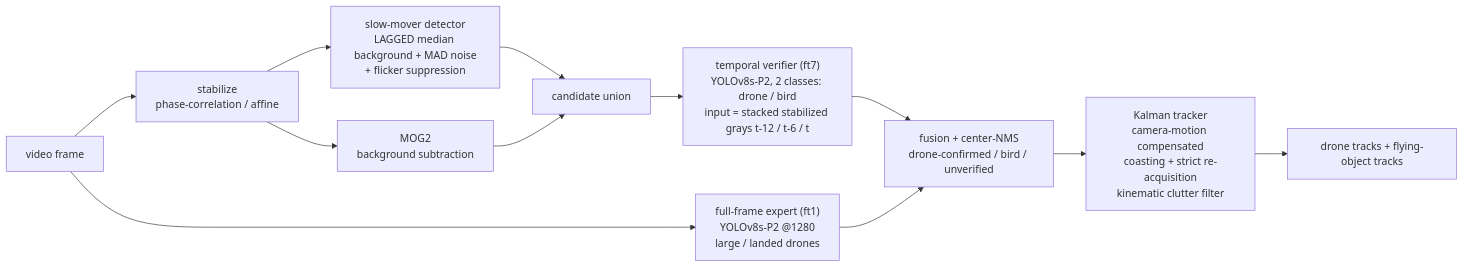
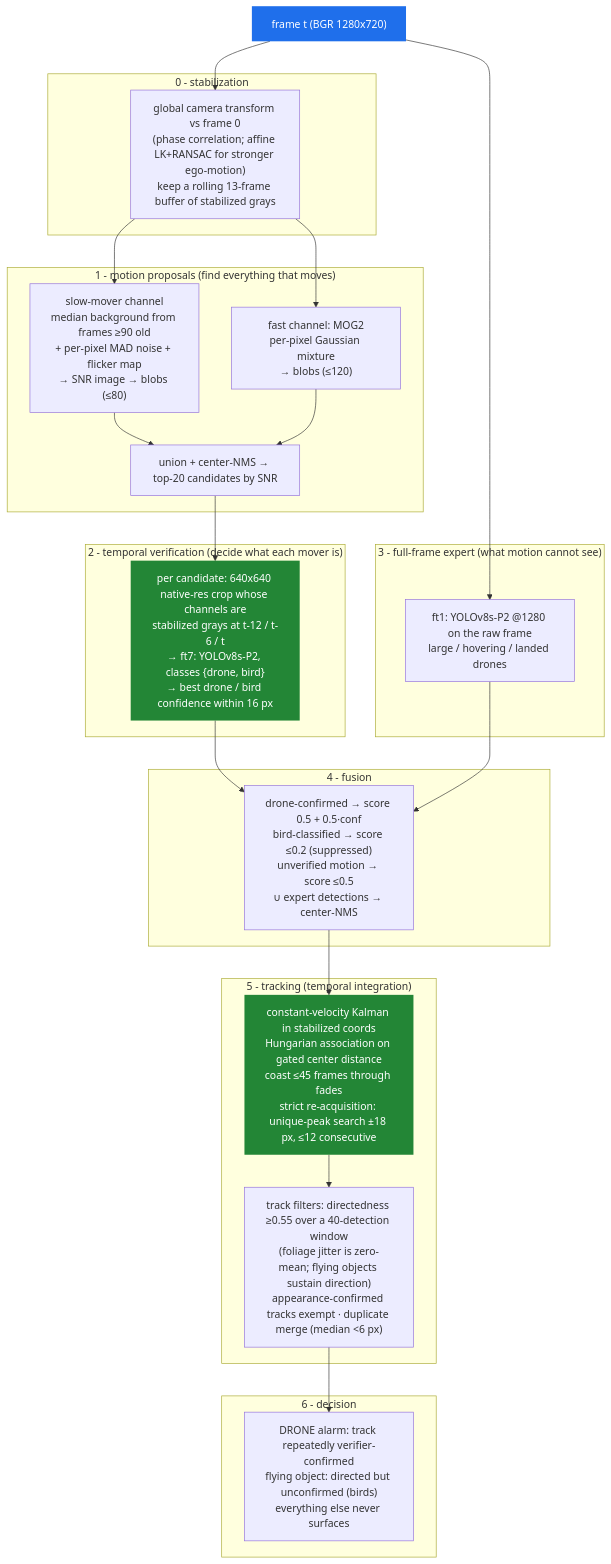
One commit to NadavCherry/DroneDetection changed the diagram in README.md. Above: the diagram before and after it, drawn with Mermaid. The commit also changed other lines of this file and 2 other files, not shown here.

Commit message:
docs: deeper architecture explanation + better visuals in README
- 'core idea in one picture': real single-frame vs stacked-temporal crop
  from the unseen video (drone invisible vs yellow/magenta/cyan time trail)
- staged mermaid diagram (6 subgraph stages, data flowing through)
- frame-by-frame pipeline walkthrough + 'why each stage exists' table of
  measured failures
- temporal-verifier training recipe summarized

````diff
--- a/README.md
+++ b/README.md
@@ -44,14 +60,48 @@
 ```mermaid
-flowchart LR
-    A[video frame] --> B[stabilize<br/>phase-correlation / affine]
-    B --> C1[slow-mover detector<br/>LAGGED median background + MAD noise<br/>+ flicker suppression]
-    B --> C2[MOG2<br/>background subtraction]
-    C1 --> D[candidate union]
-    C2 --> D
-    D --> E["temporal verifier (ft7)<br/>YOLOv8s-P2, 2 classes: drone / bird<br/>input = stacked stabilized grays t-12 / t-6 / t"]
-    A --> F["full-frame expert (ft1)<br/>YOLOv8s-P2 @1280<br/>large / landed drones"]
-    E --> G[fusion + center-NMS<br/>drone-confirmed / bird / unverified]
-    F --> G
-    G --> H[Kalman tracker<br/>camera-motion compensated<br/>coasting + strict re-acquisition<br/>kinematic clutter filter]
-    H --> I[drone tracks + flying-object tracks]
+flowchart TD
+    F["frame t (BGR 1280x720)"]:::io
+
+    subgraph S0 ["0 - stabilization"]
+        B["global camera transform vs frame 0<br/>(phase correlation; affine LK+RANSAC for stronger ego-motion)<br/>keep a rolling 13-frame buffer of stabilized grays"]
+    end
+
+    subgraph S1 ["1 - motion proposals  (find everything that moves)"]
+        C1["slow-mover channel<br/>median background from frames &ge;90 old<br/>+ per-pixel MAD noise + flicker map<br/>&rarr; SNR image &rarr; blobs (&le;80)"]
+        C2["fast channel: MOG2<br/>per-pixel Gaussian mixture<br/>&rarr; blobs (&le;120)"]
+        U["union + center-NMS &rarr; top-20 candidates by SNR"]
+    end
+
+    subgraph S2 ["2 - temporal verification  (decide what each mover is)"]
+        V["per candidate: 640x640 native-res crop whose channels are<br/>stabilized grays at t-12 / t-6 / t<br/>&rarr; ft7: YOLOv8s-P2, classes {drone, bird}<br/>&rarr; best drone / bird confidence within 16 px"]
+    end
+
+    subgraph S3 ["3 - full-frame expert  (what motion cannot see)"]
+        E["ft1: YOLOv8s-P2 @1280 on the raw frame<br/>large / hovering / landed drones"]
+    end
+
+    subgraph S4 ["4 - fusion"]
+        G["drone-confirmed &rarr; score 0.5 + 0.5&middot;conf<br/>bird-classified &rarr; score &le;0.2 (suppressed)<br/>unverified motion &rarr; score &le;0.5<br/>&cup; expert detections &rarr; center-NMS"]
+    end
+
+    subgraph S5 ["5 - tracking  (temporal integration)"]
+        T["constant-velocity Kalman in stabilized coords<br/>Hungarian association on gated center distance<br/>coast &le;45 frames through fades<br/>strict re-acquisition: unique-peak search &plusmn;18 px, &le;12 consecutive"]
+        P["track filters: directedness &ge;0.55 over a 40-detection window<br/>(foliage jitter is zero-mean; flying objects sustain direction)<br/>appearance-confirmed tracks exempt &middot; duplicate merge (median &lt;6 px)"]
+    end
+
+    subgraph S6 ["6 - decision"]
+        O["DRONE alarm: track repeatedly verifier-confirmed<br/>flying object: directed but unconfirmed (birds)<br/>everything else never surfaces"]
+    end
+
+    F --> B
+    B --> C1 --> U
+    B --> C2 --> U
+    U --> V
+    F --> E
+    V --> G
+    E --> G
+    G --> T --> P --> O
+
+    classDef io fill:#1f6feb,color:#fff,stroke:none
+    classDef key fill:#238636,color:#fff,stroke:none
+    class V,T key
 ```
````
